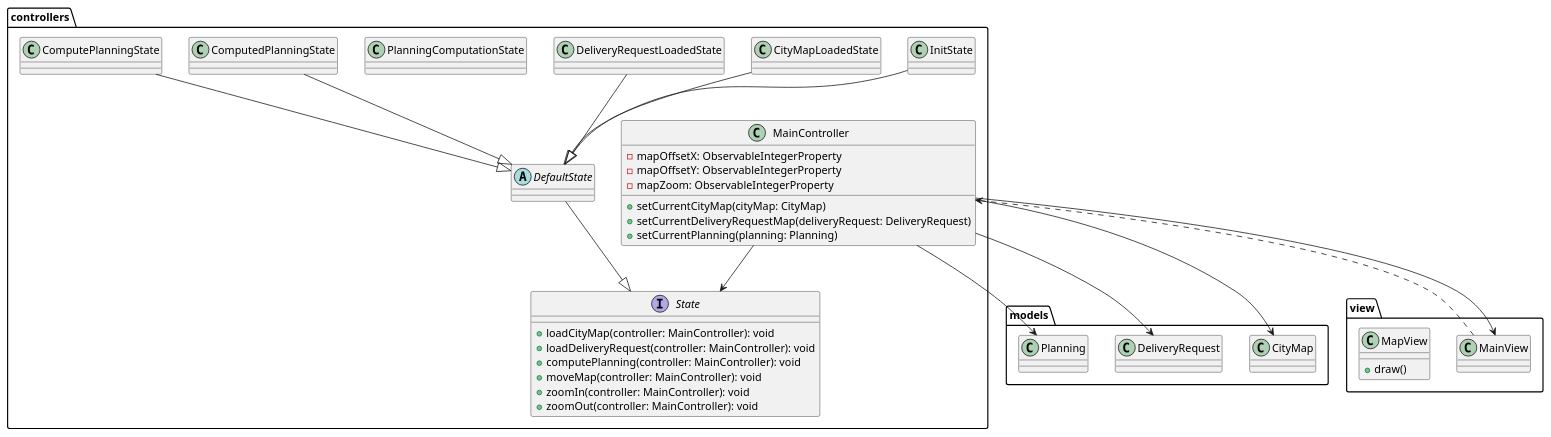
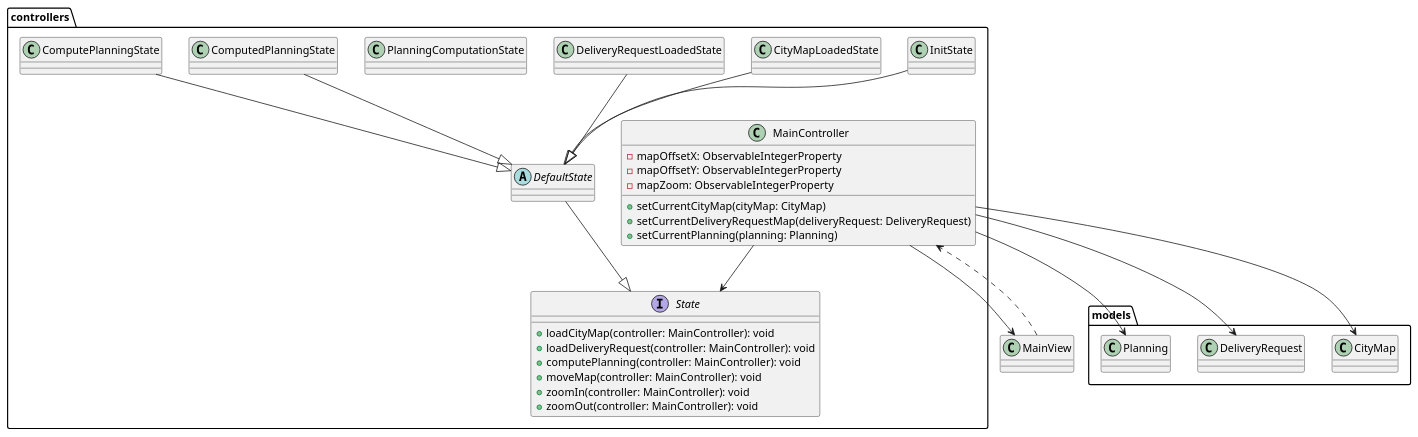
The diagram in docs/uml/package.controller.puml (if-h4102/pld-agile), drawn with PlantUML before and after one commit. The commit also changed 1 other file, not shown here.

Commit message:
Moved package view in its own file

```diff
--- a/docs/uml/package.controller.puml
+++ b/docs/uml/package.controller.puml
@@ -1,88 +1,81 @@
 @startuml
 
 package "models" {
     class CityMap {
 
     }
     class DeliveryRequest {
 
     }
     class Planning {
 
     }
 }
 
 package "controllers" {
     class MainController {
 '        -currentCityMap: ObservableObjectProperty<CityMap>
 '        -currentDeliveryGraph: ObservableObjectProperty<DeliveryGraph>
 '        -currentPlanning: ObservableObjectProperty<Planning>
         -mapOffsetX: ObservableIntegerProperty
         -mapOffsetY: ObservableIntegerProperty
         -mapZoom: ObservableIntegerProperty
         +setCurrentCityMap(cityMap: CityMap)
         +setCurrentDeliveryRequestMap(deliveryRequest: DeliveryRequest)
         +setCurrentPlanning(planning: Planning)
     }
 
     interface State {
         +loadCityMap(controller: MainController): void
         +loadDeliveryRequest(controller: MainController): void
         +computePlanning(controller: MainController): void
         +moveMap(controller: MainController): void
         +zoomIn(controller: MainController): void
         +zoomOut(controller: MainController): void
     }
 
     abstract DefaultState {
 
     }
 
     class InitState {
 
     }
 
     class CityMapLoadedState {
 
     }
 
     class DeliveryRequestLoadedState {
 
     }
 
     class PlanningComputationState {
 
     }
 
     class ComputedPlanningState {
 
     }
 
     DefaultState --|> State
     InitState --|> DefaultState
     CityMapLoadedState --|> DefaultState
     DeliveryRequestLoadedState --|> DefaultState
     ComputePlanningState --|> DefaultState
     ComputedPlanningState --|> DefaultState
 
     MainController --> State
 }
 
-package "view" {
-    class MainView {
-    }
 
-    class MapView {
-        +draw()
-    }
-}
 
 MainController --> CityMap
 MainController --> Planning
 MainController --> DeliveryRequest
 MainController --> MainView
 MainView ..> MainController
 
 
 
 @enduml
```
